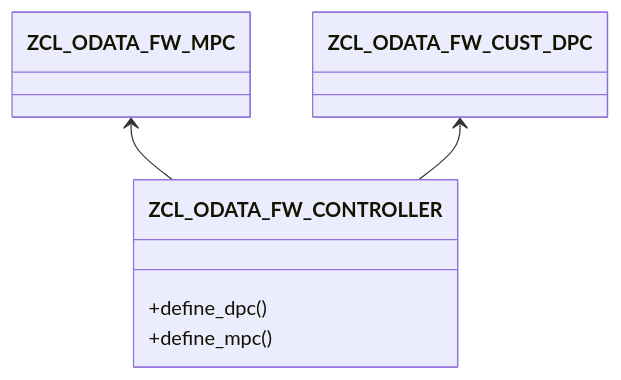
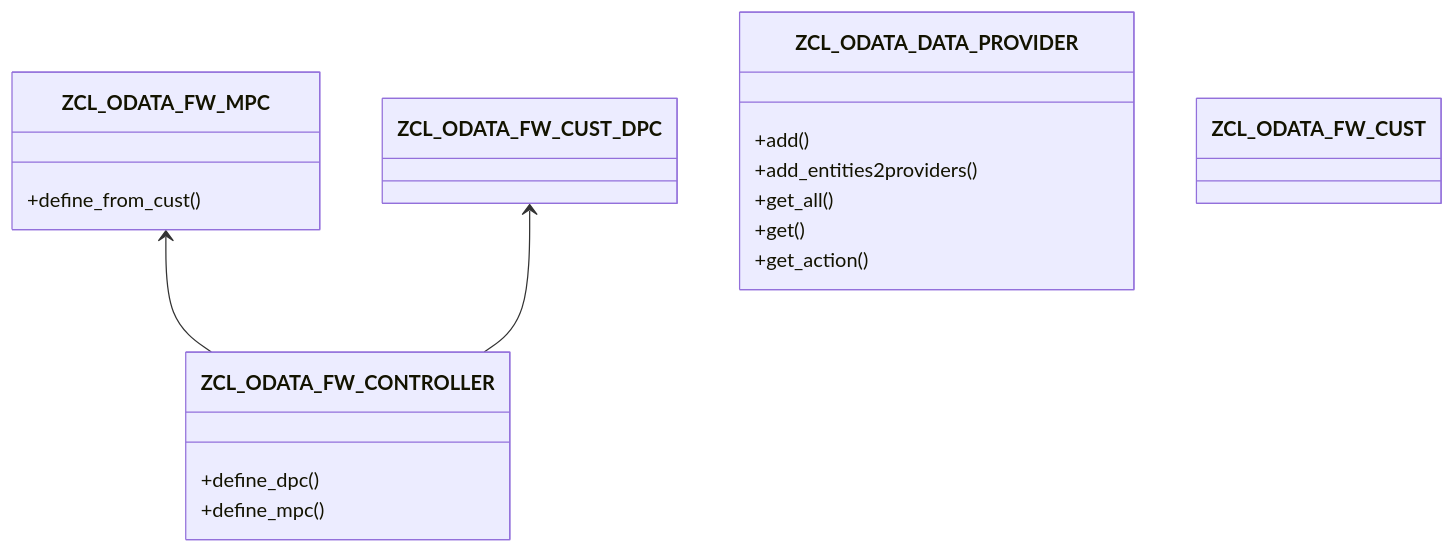
Before and after one commit to miggi92/odata-fw: the diagram in docs/documentation/classes/index.md, drawn with Mermaid. The commit also changed other lines of this file and 4 other files, not shown here.

````diff
--- a/docs/documentation/classes/index.md
+++ b/docs/documentation/classes/index.md
@@ -18,19 +21,31 @@
 ```mermaid
 classDiagram
 
 	ZCL_ODATA_FW_MPC <-- ZCL_ODATA_FW_CONTROLLER
     ZCL_ODATA_FW_CUST_DPC <-- ZCL_ODATA_FW_CONTROLLER
 
 	class ZCL_ODATA_FW_CONTROLLER{
         +define_dpc()
         +define_mpc()
 	}
 
 	class ZCL_ODATA_FW_MPC{
-	
+		+define_from_cust()
 	}
 
     class ZCL_ODATA_FW_CUST_DPC{
-	
+
+	}
+
+	class ZCL_ODATA_DATA_PROVIDER{
+		+add()
+		+add_entities2providers()
+		+get_all()
+		+get()
+		+get_action()
+	}
+
+	class ZCL_ODATA_FW_CUST{
+		
 	}
 ```
````
